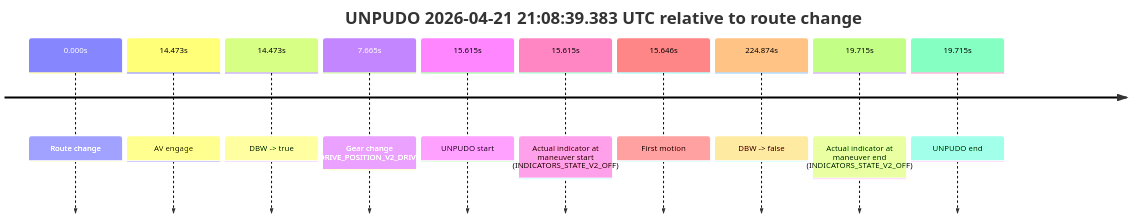
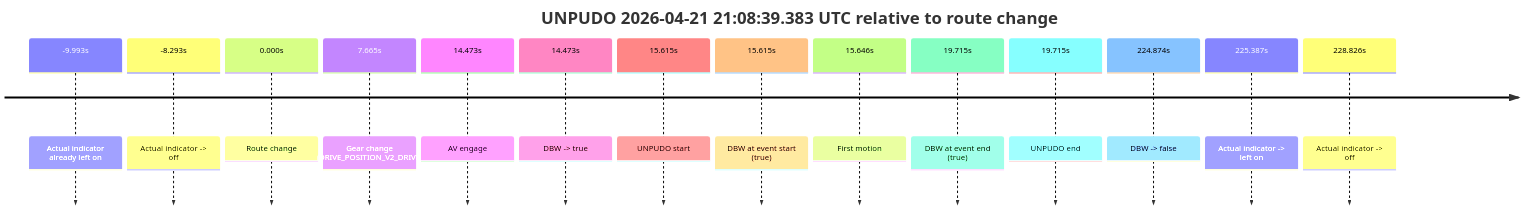
The second of 4 diagrams in model_analysis/report_cards/2026/04/Week-4/fme20031--2026-04-21--20-55-03--gen2-av-6012f067-7eac-4c54-af80-fe1b295980aa.md (yoelshapiro/vault), drawn with Mermaid before and after one commit. The commit also changed other lines of this file and 85 other files, not shown here.

````diff
--- a/model_analysis/report_cards/2026/04/Week-4/fme20031--2026-04-21--20-55-03--gen2-av-6012f067-7eac-4c54-af80-fe1b295980aa.md
+++ b/model_analysis/report_cards/2026/04/Week-4/fme20031--2026-04-21--20-55-03--gen2-av-6012f067-7eac-4c54-af80-fe1b295980aa.md
@@ -121,14 +144,18 @@
 ```mermaid
 timeline
     title UNPUDO 2026-04-21 21:08:39.383 UTC relative to route change
+    -9.993s : Actual indicator already left on
+    -8.293s : Actual indicator -> off
     0.000s : Route change
+    7.665s : Gear change (DRIVE_POSITION_V2_DRIVE)
     14.473s : AV engage
     14.473s : DBW -> true
-    7.665s : Gear change (DRIVE_POSITION_V2_DRIVE)
     15.615s : UNPUDO start
-    15.615s : Actual indicator at maneuver start (INDICATORS_STATE_V2_OFF)
+    15.615s : DBW at event start (true)
     15.646s : First motion
+    19.715s : DBW at event end (true)
+    19.715s : UNPUDO end
     224.874s : DBW -> false
-    19.715s : Actual indicator at maneuver end (INDICATORS_STATE_V2_OFF)
-    19.715s : UNPUDO end
+    225.387s : Actual indicator -> left on
+    228.826s : Actual indicator -> off
 ```
````
